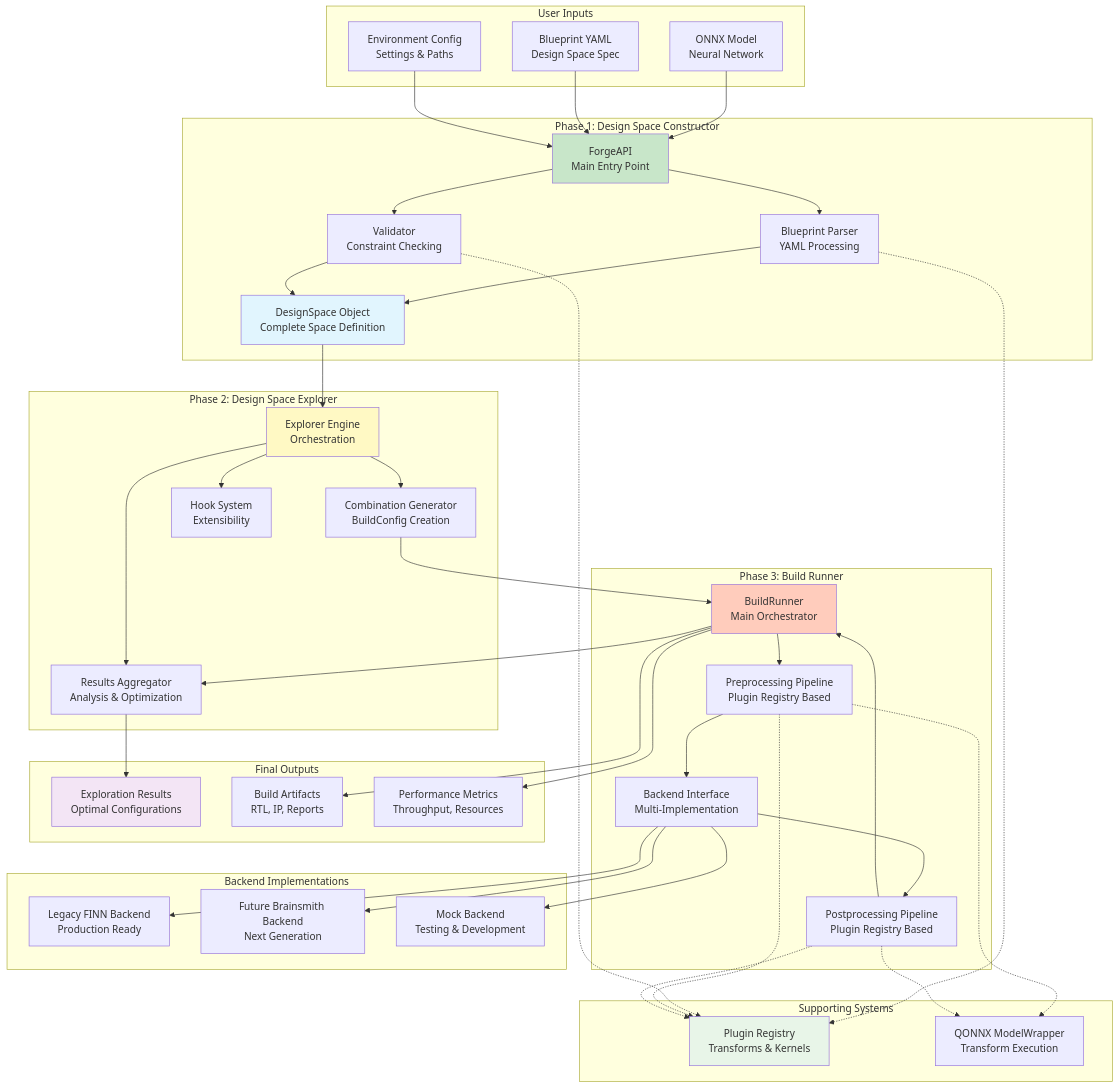
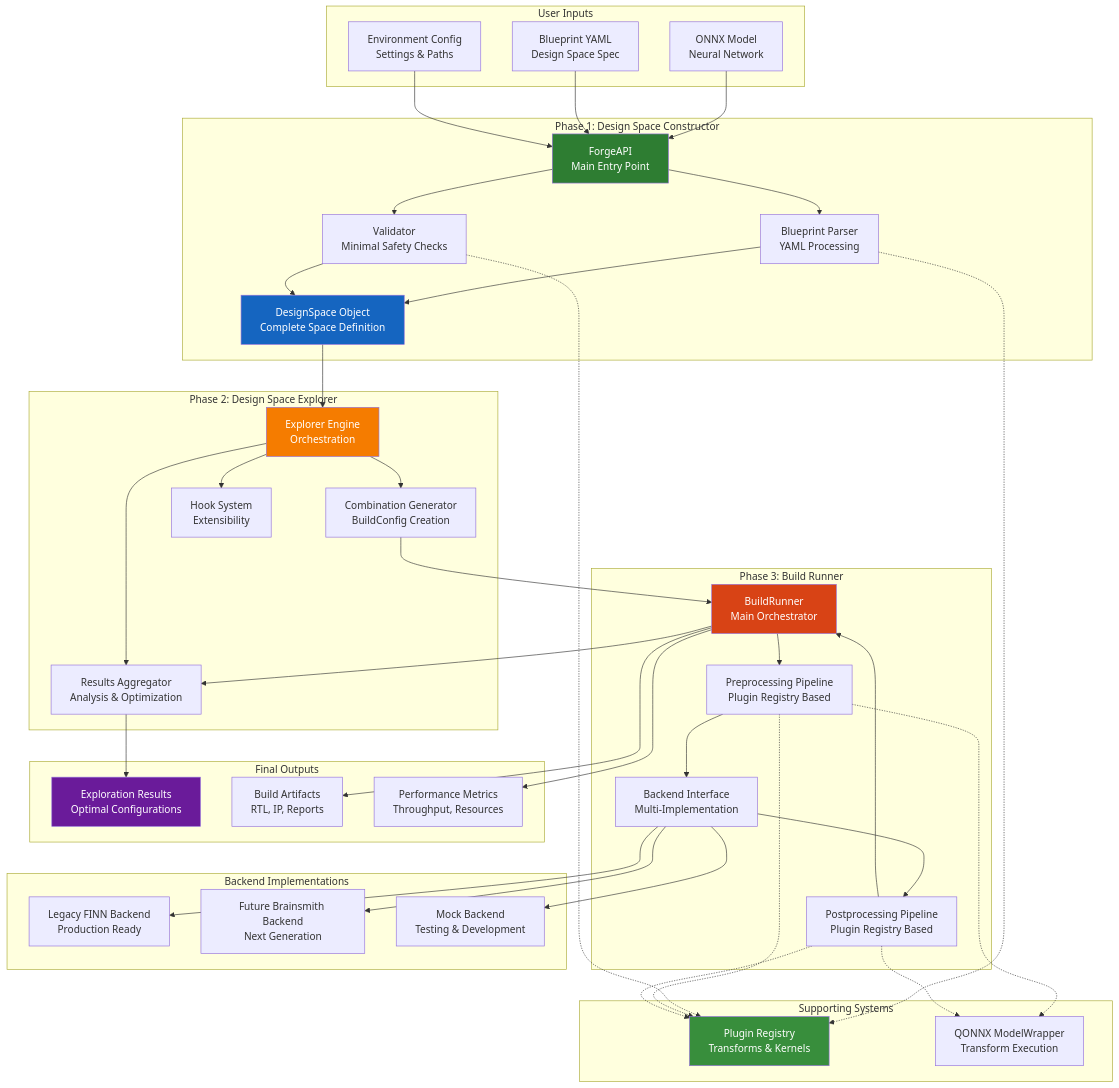
One commit to microsoft/Brainsmith changed the first of 14 diagrams in brainsmith/core/ARCHITECTURE.md. Above: the diagram before and after it, drawn with Mermaid. The commit also changed other lines of this file and 40 other files, not shown here.

````diff
--- a/brainsmith/core/ARCHITECTURE.md
+++ b/brainsmith/core/ARCHITECTURE.md
@@ -34,7 +34,7 @@
     subgraph "Phase 1: Design Space Constructor"
         FORGE[ForgeAPI<br/>Main Entry Point]
         PARSER[Blueprint Parser<br/>YAML Processing]
-        VAL[Validator<br/>Constraint Checking]
+        VAL[Validator<br/>Minimal Safety Checks]
         DS[DesignSpace Object<br/>Complete Space Definition]
     end
     
@@ -103,10 +103,10 @@
     BR --> ARTIFACTS
     BR --> METRICS
     
-    style FORGE fill:#c8e6c9
-    style DS fill:#e1f5fe
-    style EXP fill:#fff9c4
-    style BR fill:#ffccbc
-    style RESULTS fill:#f3e5f5
-    style PLUGINS fill:#e8f5e8
+    style FORGE fill:#2e7d32,color:#fff
+    style DS fill:#1565c0,color:#fff
+    style EXP fill:#f57c00,color:#fff
+    style BR fill:#d84315,color:#fff
+    style RESULTS fill:#6a1b9a,color:#fff
+    style PLUGINS fill:#388e3c,color:#fff
 ```
````
